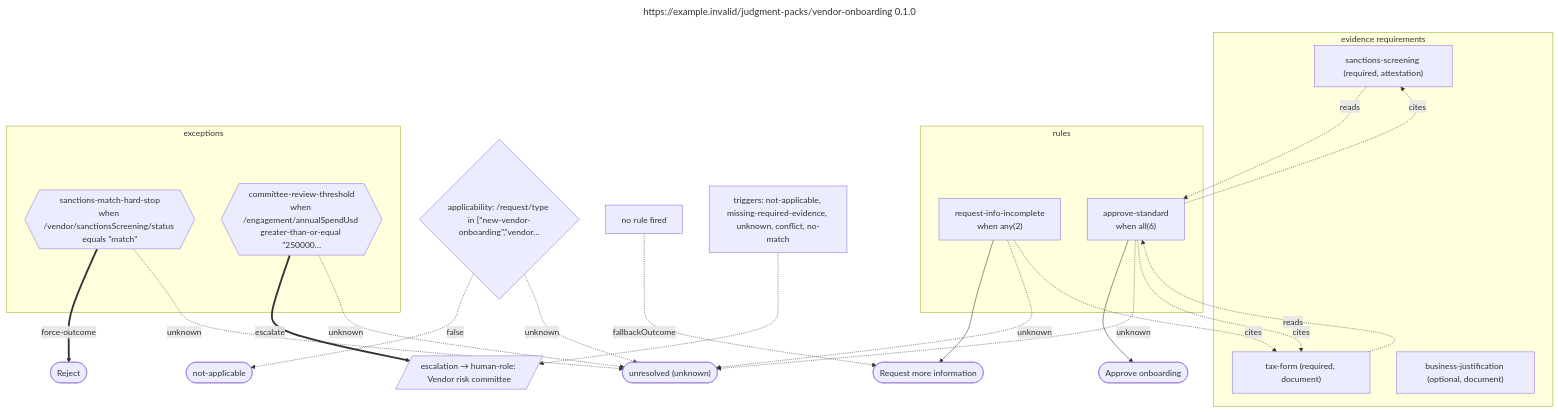
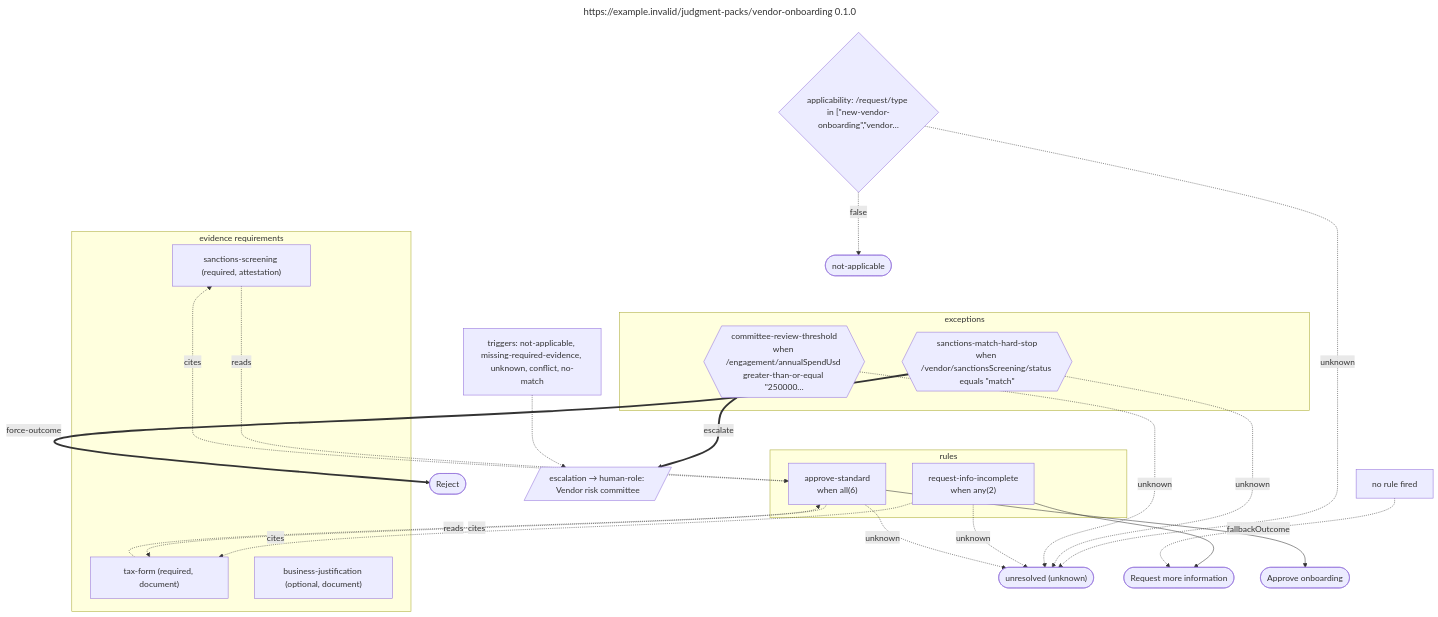
The diagram in projects/enterprise-demo/diagrams/vendor-onboarding.md (Judgment-Pack/judgment-pack-demo), drawn with Mermaid before and after one commit. The commit also changed other lines of this file and 5 other files, not shown here.

````diff
--- a/projects/enterprise-demo/diagrams/vendor-onboarding.md
+++ b/projects/enterprise-demo/diagrams/vendor-onboarding.md
@@ -3,45 +5,48 @@
 ```mermaid
 ---
 title: "https://example.invalid/judgment-packs/vendor-onboarding 0.1.0"
 ---
 flowchart TD
   applicability{"applicability: /request/type in [#quot;new-vendor-onboarding#quot;,#quot;vendor…"}
-  not_applicable(["not-applicable"])
   applicability -. "false" .-> not_applicable
   applicability -. "unknown" .-> unresolved_unknown
   subgraph evidence["evidence requirements"]
     ev_sanctions_screening["sanctions-screening (required, attestation)"]
     ev_tax_form["tax-form (required, document)"]
     ev_business_justification["business-justification (optional, document)"]
   end
-  out_approve(["Approve onboarding"])
-  out_request_info(["Request more information"])
-  out_reject(["Reject"])
-  unresolved_unknown(["unresolved (unknown)"])
+  subgraph exceptions
+    exc_sanctions_match_hard_stop{{"sanctions-match-hard-stop<br/>when /vendor/sanctionsScreening/status equals #quot;match#quot;"}}
+    exc_committee_review_threshold{{"committee-review-threshold<br/>when /engagement/annualSpendUsd greater-than-or-equal #quot;250000…"}}
+  end
+  exc_sanctions_match_hard_stop == "force-outcome" ==> out_reject
+  exc_sanctions_match_hard_stop -. "unknown" .-> unresolved_unknown
+  exc_committee_review_threshold == "escalate" ==> escalation
+  exc_committee_review_threshold -. "unknown" .-> unresolved_unknown
   subgraph rules
     rule_request_info_incomplete["request-info-incomplete<br/>when any(2)"]
     rule_approve_standard["approve-standard<br/>when all(6)"]
   end
   rule_request_info_incomplete --> out_request_info
   rule_request_info_incomplete -. "unknown" .-> unresolved_unknown
   rule_request_info_incomplete -. "cites" .-> ev_tax_form
   rule_approve_standard --> out_approve
   rule_approve_standard -. "unknown" .-> unresolved_unknown
   ev_sanctions_screening -. "reads" .-> rule_approve_standard
   ev_tax_form -. "reads" .-> rule_approve_standard
   rule_approve_standard -. "cites" .-> ev_sanctions_screening
   rule_approve_standard -. "cites" .-> ev_tax_form
-  subgraph exceptions
-    exc_sanctions_match_hard_stop{{"sanctions-match-hard-stop<br/>when /vendor/sanctionsScreening/status equals #quot;match#quot;"}}
-    exc_committee_review_threshold{{"committee-review-threshold<br/>when /engagement/annualSpendUsd greater-than-or-equal #quot;250000…"}}
-  end
-  exc_sanctions_match_hard_stop == "force-outcome" ==> out_reject
-  exc_sanctions_match_hard_stop -. "unknown" .-> unresolved_unknown
-  exc_committee_review_threshold == "escalate" ==> escalation
-  exc_committee_review_threshold -. "unknown" .-> unresolved_unknown
+  out_approve(["Approve onboarding"])
+  out_request_info(["Request more information"])
+  out_reject(["Reject"])
   no_rule_fired["no rule fired"]
   no_rule_fired -. "fallbackOutcome" .-> out_request_info
+  unresolved_unknown(["unresolved (unknown)"])
+  not_applicable(["not-applicable"])
   escalation[/"escalation → human-role: Vendor risk committee"/]
   escalation_triggers["triggers: not-applicable, missing-required-evidence, unknown, conflict, no-match"]
   escalation_triggers -.-> escalation
+  applicability ~~~ evidence
+  evidence ~~~ exceptions
+  exceptions ~~~ rules
 ```
````
